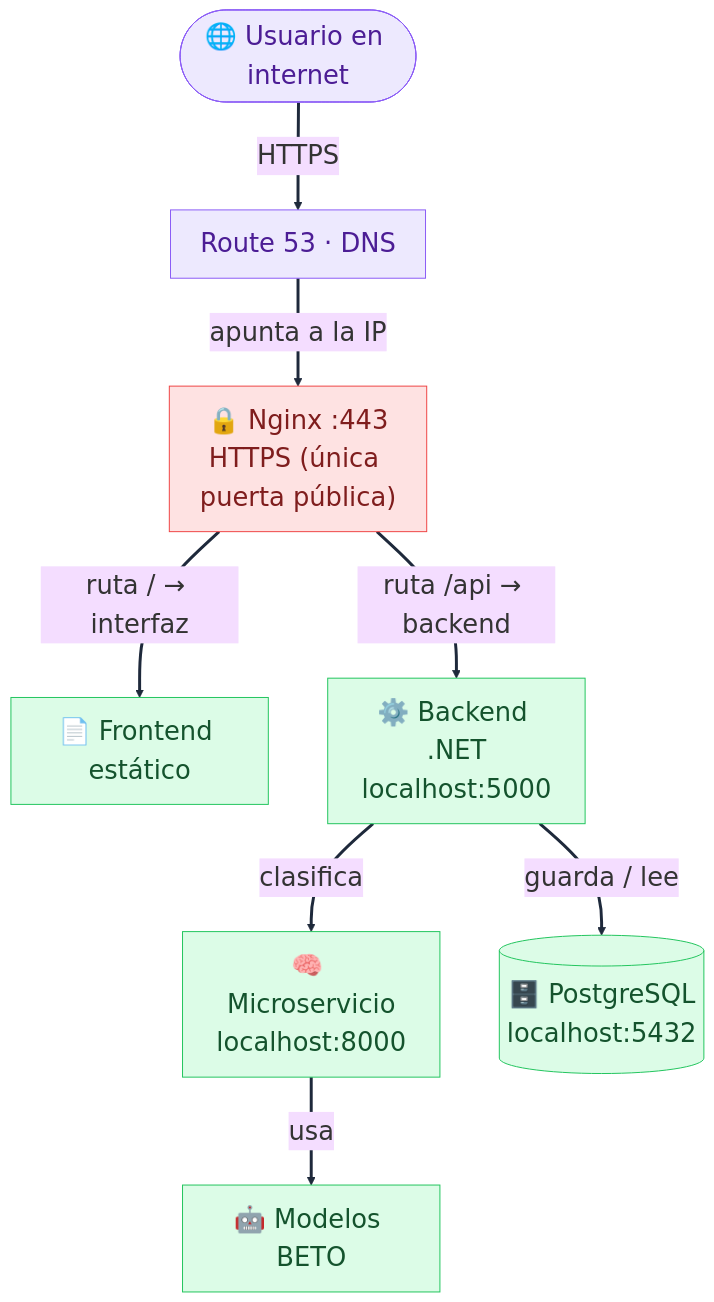
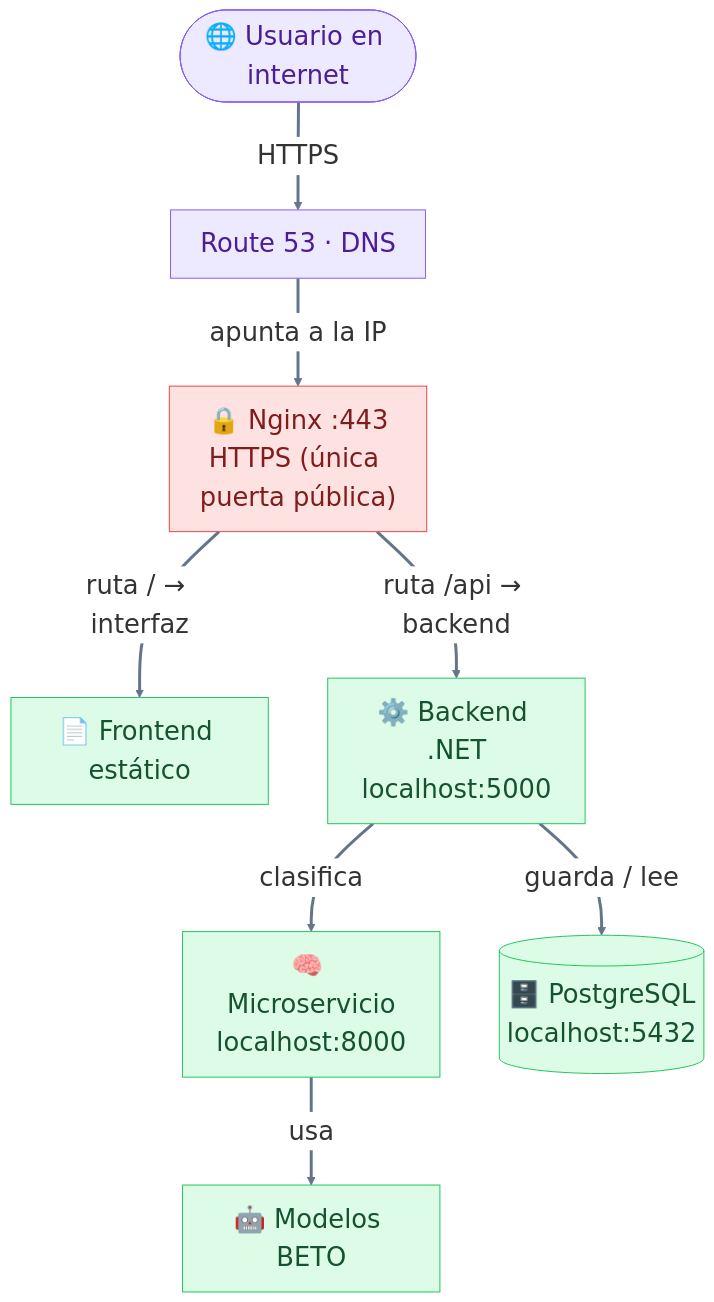
Before and after one commit to alexisherrera09/sirec: the third of 3 diagrams in README.md, drawn with Mermaid. The commit also changed other lines of this file, not shown here.

First line of the commit message:
README: diagramas legibles en modo oscuro

````diff
--- a/README.md
+++ b/README.md
@@ -263,19 +263,19 @@
 ```mermaid
-%%{init: {'theme':'base', 'themeVariables': {'fontSize':'26px', 'lineColor':'#1e293b'}, 'flowchart': {'nodeSpacing':60, 'rankSpacing':70}}}%%
+%%{init: {'theme':'base', 'themeVariables': {'fontSize':'26px', 'lineColor':'#64748b', 'edgeLabelBackground':'#ffffff'}, 'flowchart': {'nodeSpacing':60, 'rankSpacing':70}}}%%
 flowchart TD
     User([🌐 Usuario en internet]) -->|"HTTPS"| R53["Route 53 · DNS"]
     R53 -->|"apunta a la IP"| NGINX["🔒 Nginx :443<br/>HTTPS (única puerta pública)"]
     NGINX -->|"ruta / → interfaz"| STATIC["📄 Frontend estático"]
     NGINX -->|"ruta /api → backend"| NET["⚙️ Backend .NET<br/>localhost:5000"]
     NET -->|"clasifica"| PY["🧠 Microservicio<br/>localhost:8000"]
     PY -->|"usa"| M["🤖 Modelos BETO"]
     NET -->|"guarda / lee"| PG[("🗄️ PostgreSQL<br/>localhost:5432")]
 
-    linkStyle default stroke:#1e293b,stroke-width:3px;
+    linkStyle default stroke:#64748b,stroke-width:3px;
     classDef ext fill:#ede9fe,stroke:#8b5cf6,color:#4c1d95;
     classDef edge fill:#fee2e2,stroke:#ef4444,color:#7f1d1d;
     classDef svc fill:#dcfce7,stroke:#22c55e,color:#14532d;
     class User,R53 ext;
     class NGINX edge;
     class STATIC,NET,PY,PG,M svc;
 ```
````
